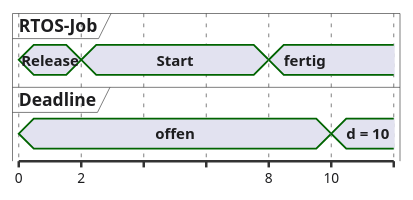
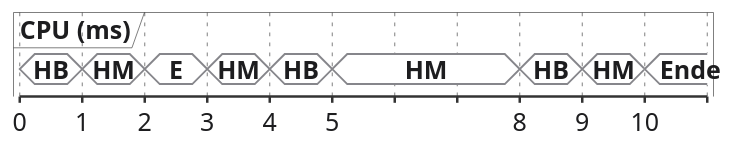
One commit to dantschi/echtzeitsysteme changed the third of 8 diagrams in vorlesungen/03_einfuehrung-rtos.qmd. Above: the diagram before and after it, drawn with PlantUML. The commit also changed other lines of this file and 4 other files, not shown here.

````diff
--- a/vorlesungen/03_einfuehrung-rtos.qmd
+++ b/vorlesungen/03_einfuehrung-rtos.qmd
@@ -222,25 +321,51 @@
 ```{.plantuml}
 @startuml
 skinparam backgroundColor transparent
 skinparam defaultFontName "Inter, sans-serif"
 skinparam defaultFontColor #1D1D1F
 skinparam ArrowColor #86868B
+skinparam NoteBackgroundColor #F5F5F7
+skinparam NoteBorderColor #E5E5EA
+skinparam defaultFontSize 20
+<style>
+timingDiagram {
+  FontName SansSerif
+  robust {
+    LineColor #E2001A
+    BackgroundColor #FFFFFF
+    FontColor #1D1D1F
+  }
+  concise {
+    LineColor #86868B
+    BackgroundColor #FFFFFF
+    FontColor #1D1D1F
+  }
+}
+</style>
 skinparam timing {
   BackgroundColor #FFFFFF
   BorderColor #E5E5EA
   LineColor #1D1D1F
   SignalColor #E2001A
 }
-concise "RTOS-Job" as J
-concise "Deadline" as DL
+concise "CPU (ms)" as CPU
 @0
-J is Release
-DL is offen
+CPU is HB
+@1
+CPU is HM
 @2
-J is Start
+CPU is E
+@3
+CPU is HM
+@4
+CPU is HB
+@5
+CPU is HM
 @8
-J is fertig
+CPU is HB
+@9
+CPU is HM
 @10
-DL is "d = 10"
+CPU is Ende
 @enduml
 ```
````
